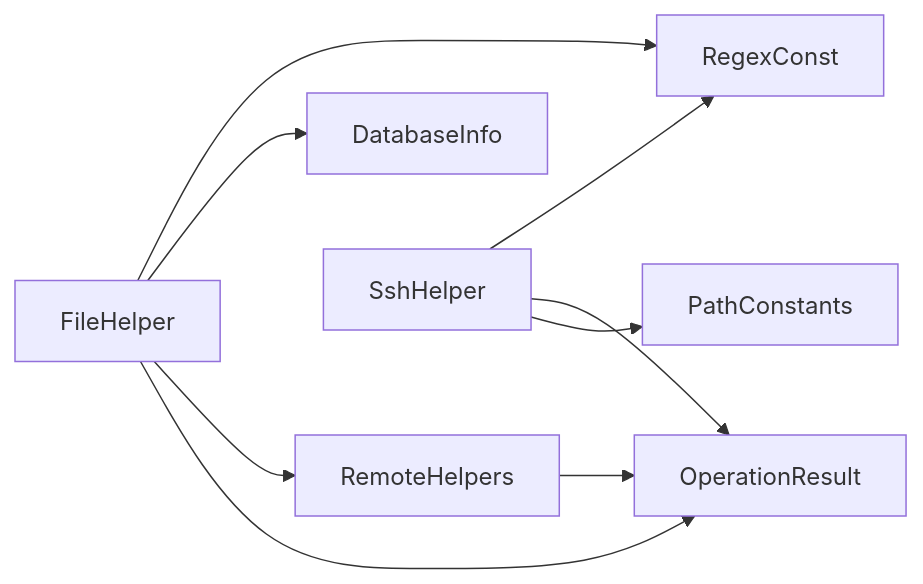
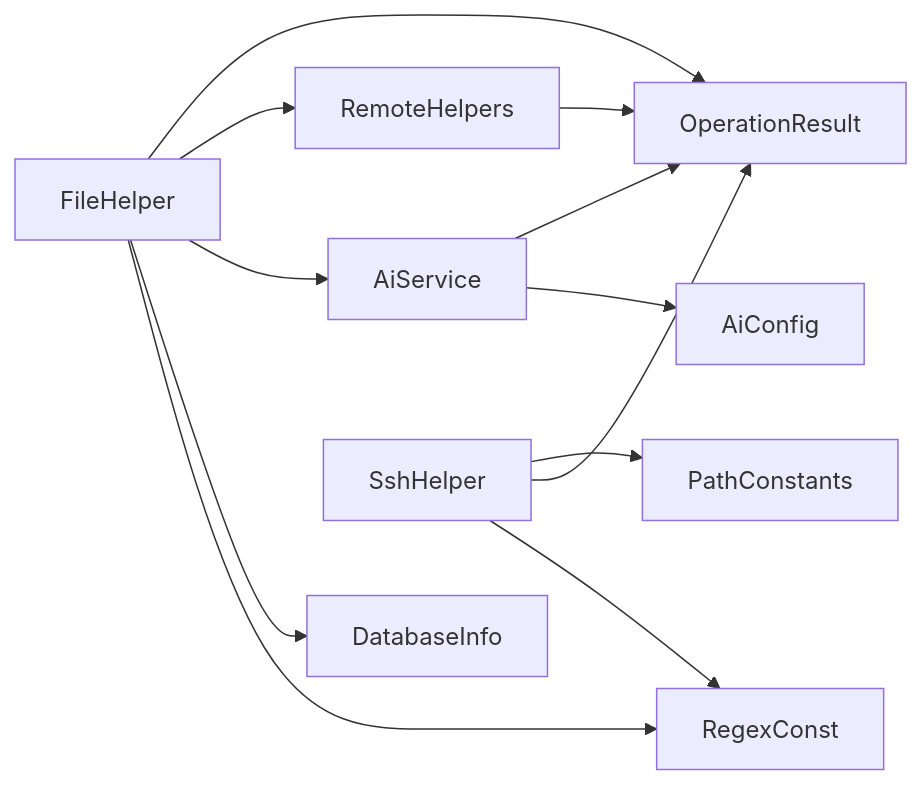
One commit to Sosososolong/AirGo changed diagram 11 of 11 in .qoder/repowiki/zh/content/工具库详解/文件操作工具.md. Above: the diagram before and after it, drawn with Mermaid. The commit also changed other lines of this file and 12 other files, not shown here.

````diff
--- a/.qoder/repowiki/zh/content/工具库详解/文件操作工具.md
+++ b/.qoder/repowiki/zh/content/工具库详解/文件操作工具.md
@@ -426,11 +479,14 @@
 ```mermaid
 graph LR
 FH["FileHelper"] --> RC["RegexConst"]
 FH --> DBI["DatabaseInfo"]
+FH --> AS["AiService"]
 FH --> RH["RemoteHelpers"]
 FH --> OR["OperationResult"]
 SH["SshHelper"] --> RC
 SH --> OR
 SH --> PC["PathConstants"]
+AS --> AC["AiConfig"]
+AS --> OR
 RH --> OR
 ```
````
